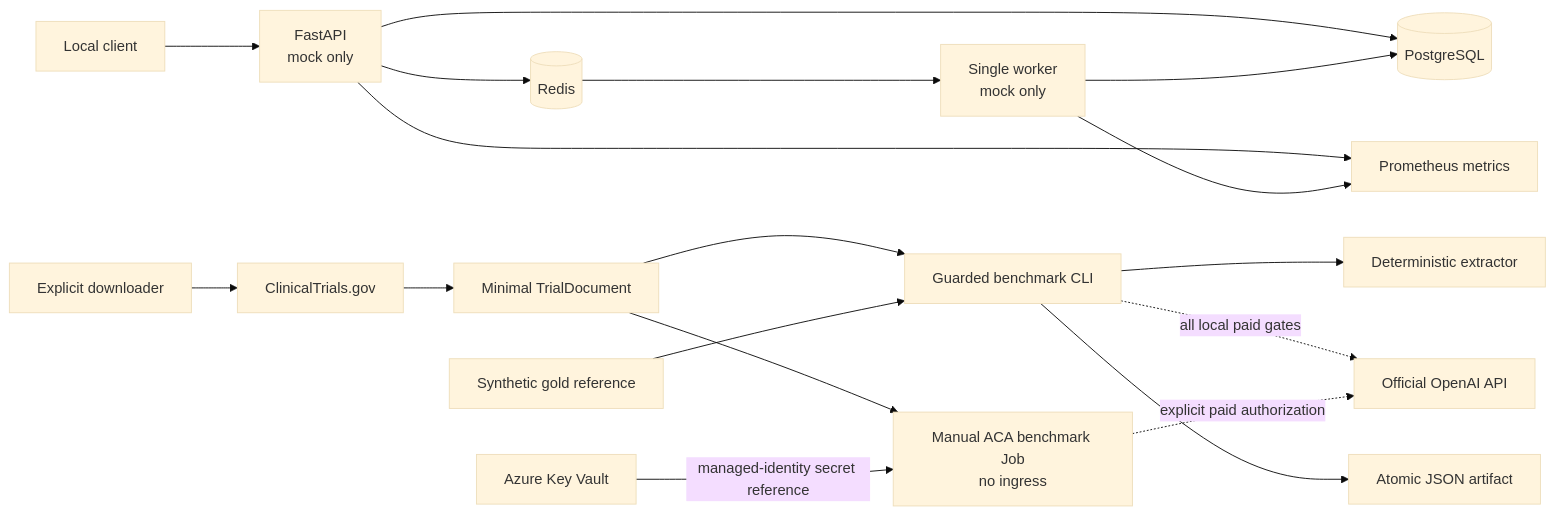
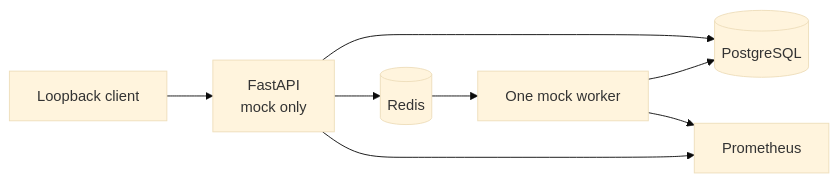
Before and after one commit to NevoLevi/CriteriaBench: the second of 2 diagrams in docs/architecture.md, drawn with Mermaid (base theme). The commit also changed other lines of this file and 71 other files, not shown here.

````diff
--- a/docs/architecture.md
+++ b/docs/architecture.md
@@ -7,22 +115,10 @@
 ```mermaid
 flowchart LR
-    Client["Local client"] --> API["FastAPI<br/>mock only"]
-    API --> DB[("PostgreSQL")]
-    API --> Q[("Redis")]
-    Q --> Worker["Single worker<br/>mock only"]
+    Client["Loopback client"] --> API["FastAPI<br/>mock only"]
+    API --> DB[(PostgreSQL)]
+    API --> Q[(Redis)]
+    Q --> Worker["One mock worker"]
     Worker --> DB
-    API --> Metrics["Prometheus metrics"]
+    API --> Metrics["Prometheus"]
     Worker --> Metrics
-
-    Download["Explicit downloader"] --> CTG["ClinicalTrials.gov"]
-    CTG --> Fixture["Minimal TrialDocument"]
-    Fixture --> CLI["Guarded benchmark CLI"]
-    Gold["Synthetic gold reference"] --> CLI
-    CLI --> Mock["Deterministic extractor"]
-    CLI -. "all local paid gates" .-> OpenAI["Official OpenAI API"]
-    CLI --> Artifact["Atomic JSON artifact"]
-
-    Fixture --> ACA["Manual ACA benchmark Job<br/>no ingress"]
-    KeyVault["Azure Key Vault"] -->|"managed-identity secret reference"| ACA
-    ACA -. "explicit paid authorization" .-> OpenAI
 ```
````
